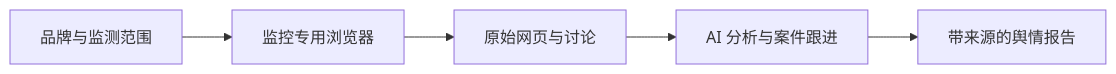
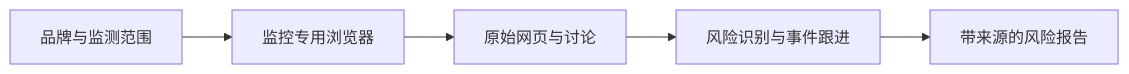
Before and after one commit to miyahluvgames-source/brand-reputation-monitor-skill: the diagram in README.zh-CN.md, drawn with Mermaid. The commit also changed other lines of this file and 1 other file, not shown here.

````diff
--- a/README.zh-CN.md
+++ b/README.zh-CN.md
@@ -58,7 +58,7 @@
 ```mermaid
 flowchart LR
   A[品牌与监测范围] --> B[监控专用浏览器]
   B --> C[原始网页与讨论]
-  C --> D[AI 分析与案件跟进]
-  D --> E[带来源的舆情报告]
+  C --> D[风险识别与事件跟进]
+  D --> E[带来源的风险报告]
 ```
````
